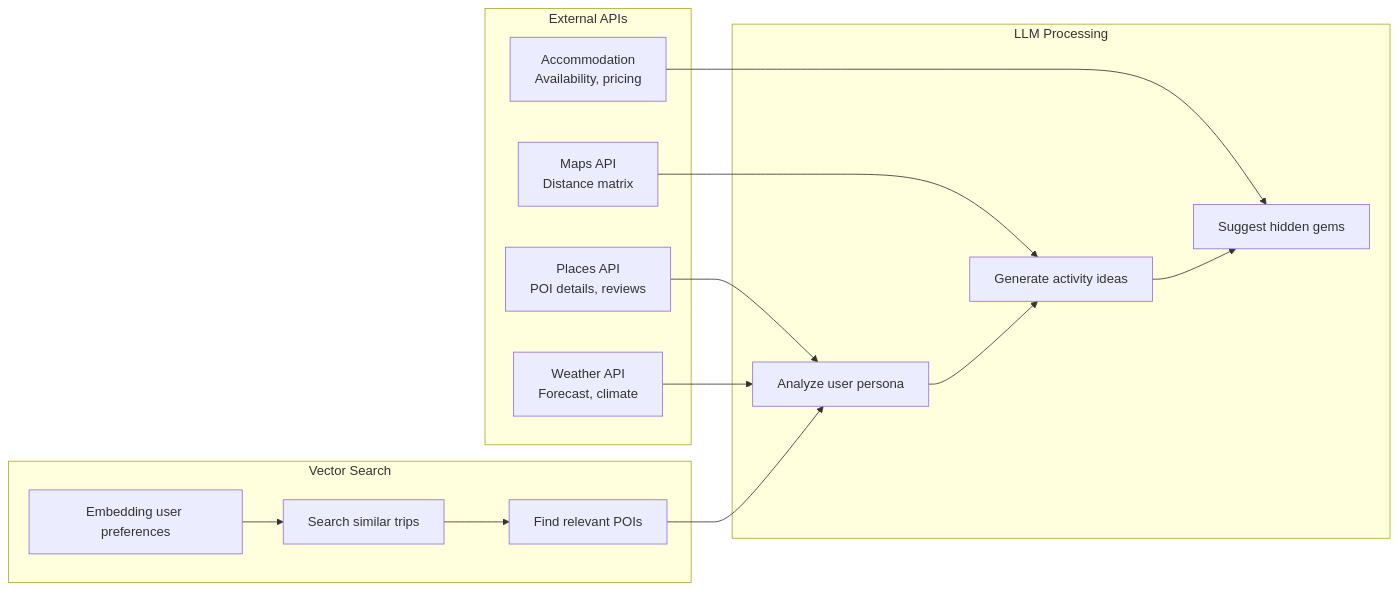
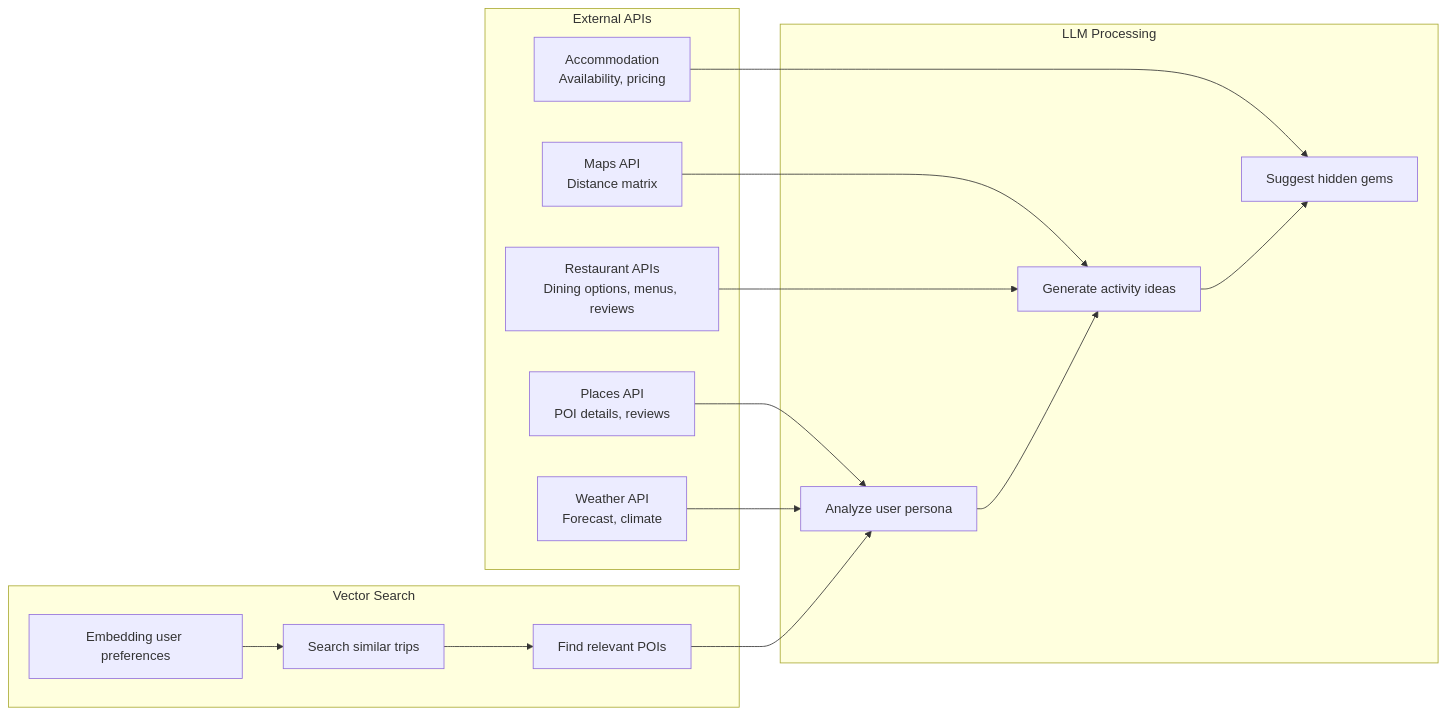
One commit to vietlinhh02/diagramtravels changed the third of 9 diagrams in 02_luong_du_lieu_chi_tiet.md. Above: the diagram before and after it, drawn with Mermaid. The commit also changed other lines of this file and 5 other files, not shown here.

First line of the commit message:
Add comprehensive dining and restaurant integration

````diff
--- a/02_luong_du_lieu_chi_tiet.md
+++ b/02_luong_du_lieu_chi_tiet.md
@@ -113,30 +113,32 @@
 ```mermaid
 graph LR
     subgraph "Vector Search"
         VS1[Embedding user preferences]
         VS2[Search similar trips]
         VS3[Find relevant POIs]
     end
 
     subgraph "External APIs"
         API1[Places API<br/>POI details, reviews]
         API2[Weather API<br/>Forecast, climate]
         API3[Maps API<br/>Distance matrix]
         API4[Accommodation<br/>Availability, pricing]
+        API5[Restaurant APIs<br/>Dining options, menus, reviews]
     end
 
     subgraph "LLM Processing"
         LLM1[Analyze user persona]
         LLM2[Generate activity ideas]
         LLM3[Suggest hidden gems]
     end
 
     VS1 --> VS2 --> VS3
     API1 --> LLM1
     API2 --> LLM1
     API3 --> LLM2
     API4 --> LLM3
+    API5 --> LLM2
 
     VS3 --> LLM1
     LLM1 --> LLM2 --> LLM3
 ```
````
